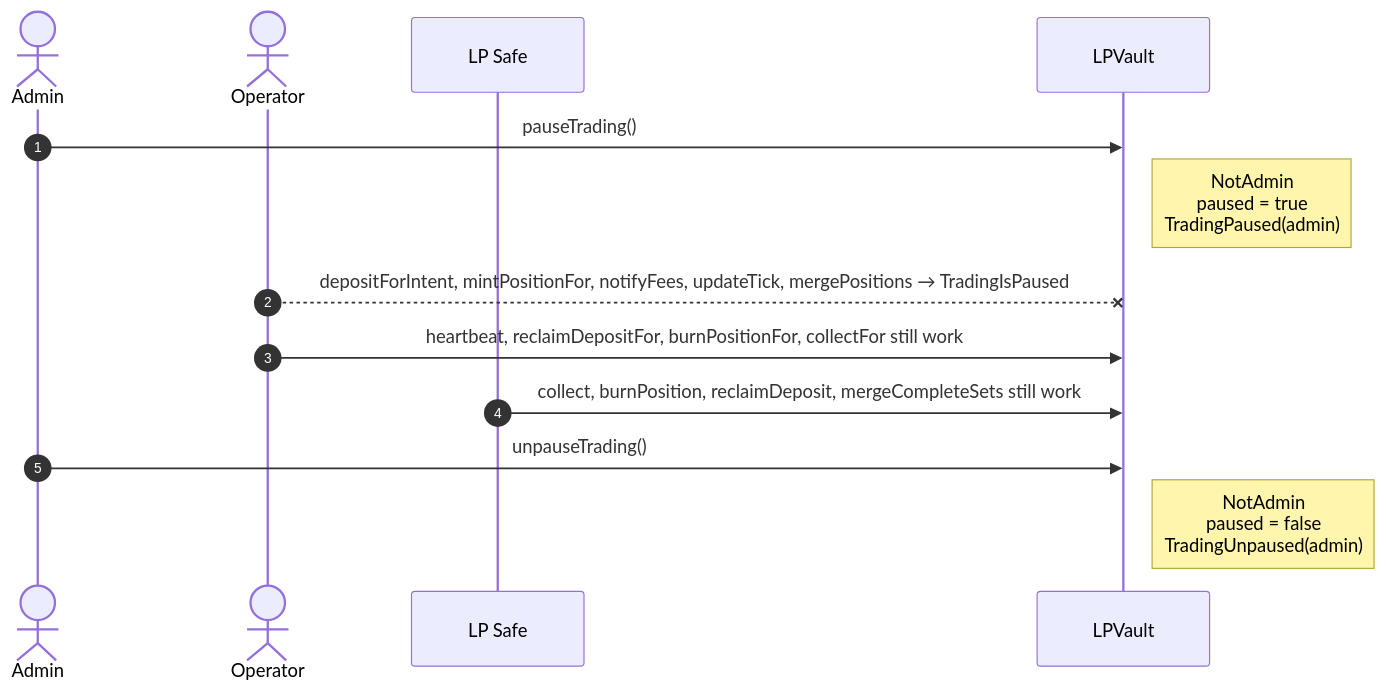
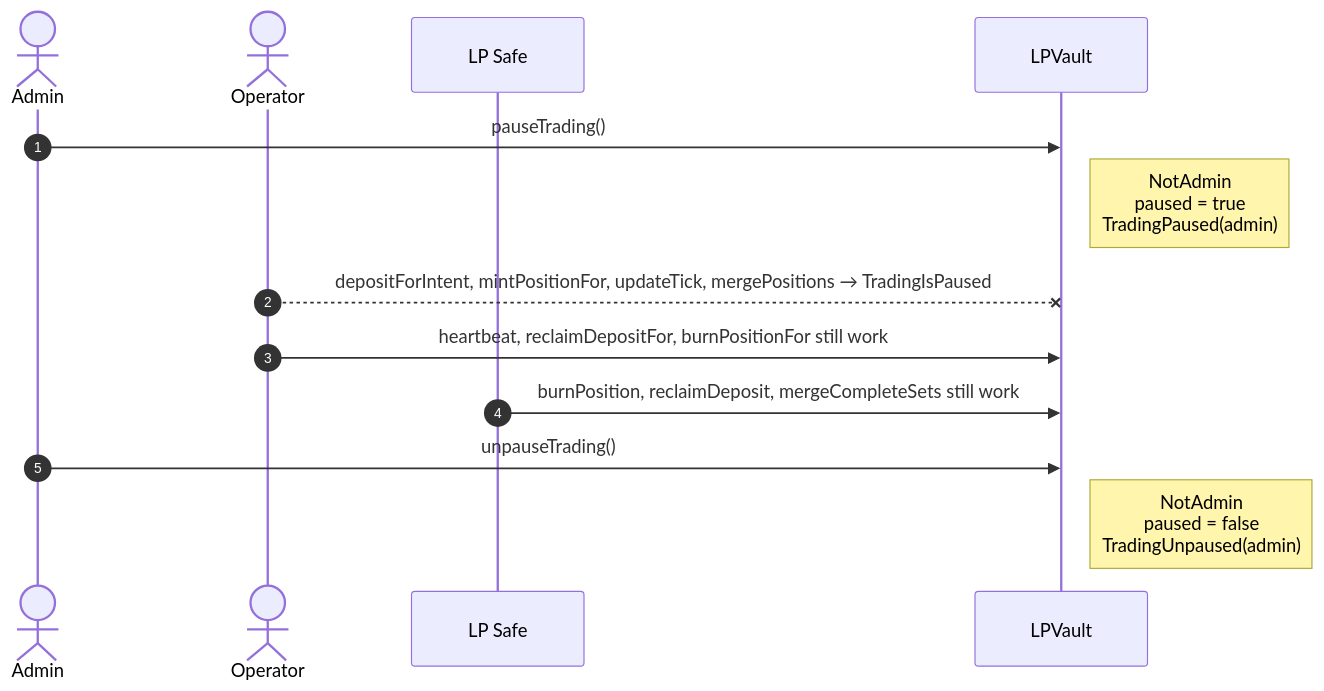
Before and after one commit to ProphetMarket/lp-vaults: diagram 20 of 22 in specs/FLOWS.md, drawn with Mermaid. The commit also changed other lines of this file and 73 other files, not shown here.

````diff
--- a/specs/FLOWS.md
+++ b/specs/FLOWS.md
@@ -658,16 +585,16 @@
 ```mermaid
 sequenceDiagram
     autonumber
     actor Admin
     actor Operator
     participant Safe as LP Safe
     participant Vault as LPVault
 
     Admin->>Vault: pauseTrading()
     Note right of Vault: NotAdmin<br/>paused = true<br/>TradingPaused(admin)
-    Operator--xVault: depositForIntent, mintPositionFor, notifyFees, updateTick, mergePositions → TradingIsPaused
-    Operator->>Vault: heartbeat, reclaimDepositFor, burnPositionFor, collectFor still work
-    Safe->>Vault: collect, burnPosition, reclaimDeposit, mergeCompleteSets still work
+    Operator--xVault: depositForIntent, mintPositionFor, updateTick, mergePositions → TradingIsPaused
+    Operator->>Vault: heartbeat, reclaimDepositFor, burnPositionFor still work
+    Safe->>Vault: burnPosition, reclaimDeposit, mergeCompleteSets still work
     Admin->>Vault: unpauseTrading()
     Note right of Vault: NotAdmin<br/>paused = false<br/>TradingUnpaused(admin)
 ```
````
